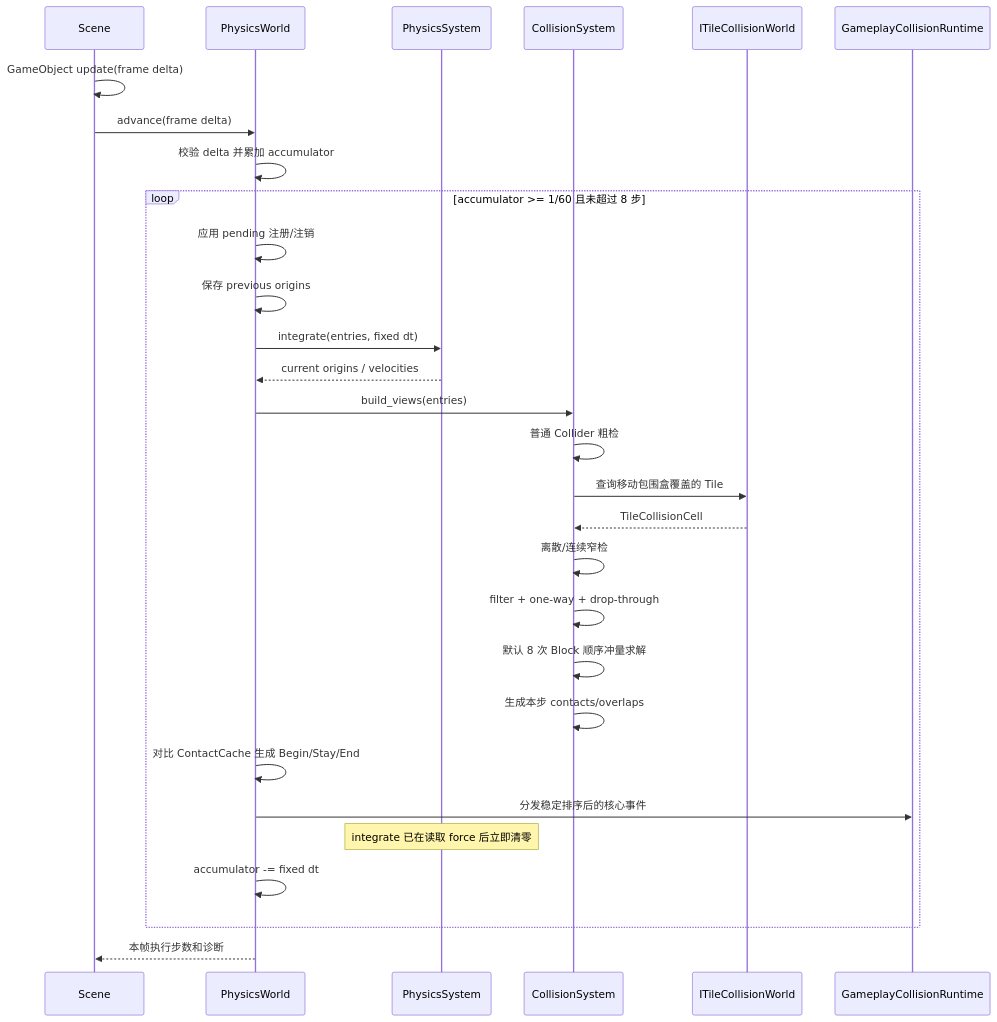
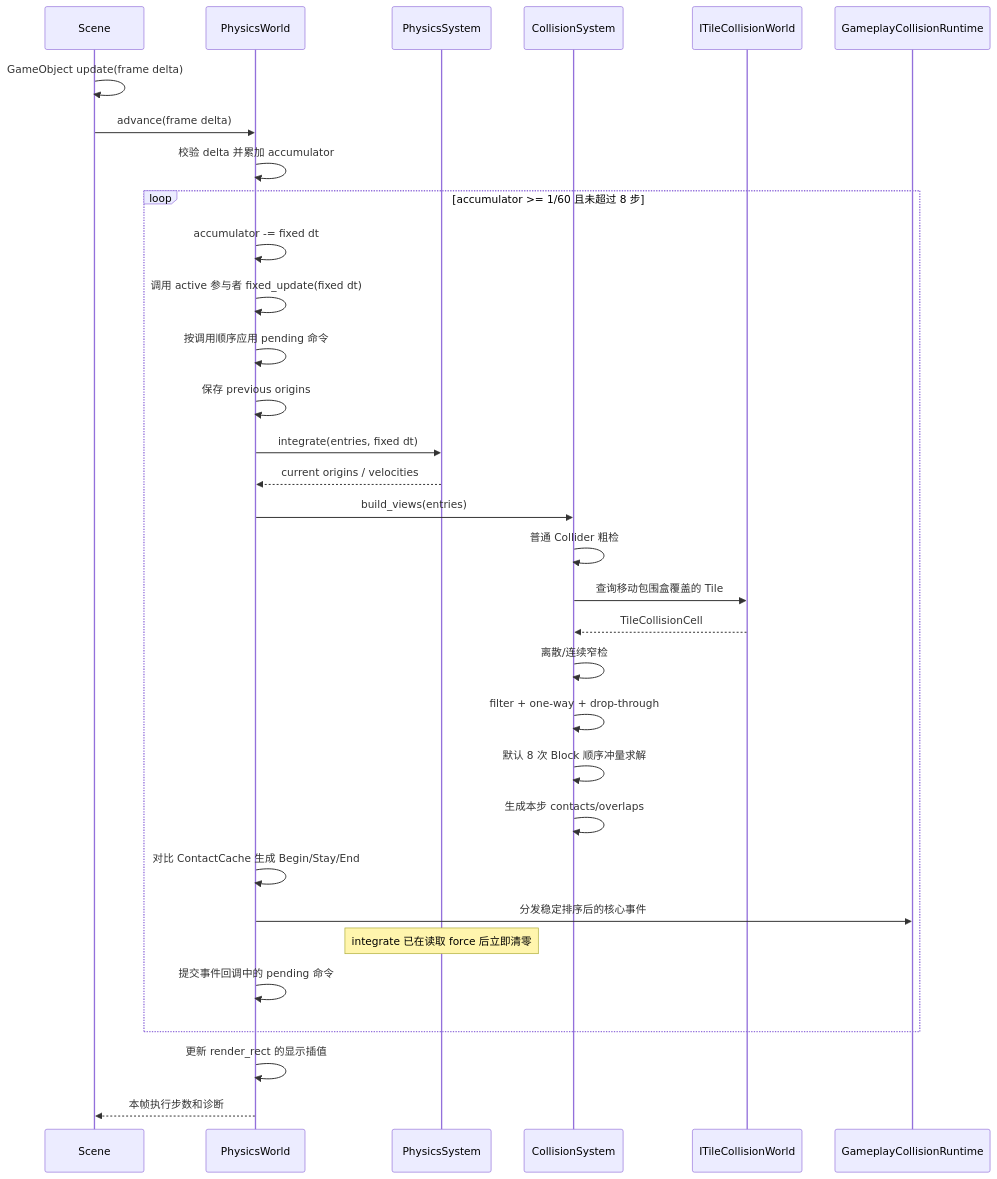
Before and after one commit to Akil0814/ElysiaEngine: the second of 3 diagrams in docs/subsystems/physics/02-target-architecture.md, drawn with Mermaid. The commit also changed other lines of this file and 26 other files, not shown here.

````diff
--- a/docs/subsystems/physics/02-target-architecture.md
+++ b/docs/subsystems/physics/02-target-architecture.md
@@ -62,32 +62,35 @@
 ```mermaid
 sequenceDiagram
     participant S as Scene
     participant W as PhysicsWorld
     participant P as PhysicsSystem
     participant C as CollisionSystem
     participant T as ITileCollisionWorld
     participant G as GameplayCollisionRuntime
 
     S->>S: GameObject update(frame delta)
     S->>W: advance(frame delta)
     W->>W: 校验 delta 并累加 accumulator
     loop accumulator >= 1/60 且未超过 8 步
-        W->>W: 应用 pending 注册/注销
+        W->>W: accumulator -= fixed dt
+        W->>W: 调用 active 参与者 fixed_update(fixed dt)
+        W->>W: 按调用顺序应用 pending 命令
         W->>W: 保存 previous origins
         W->>P: integrate(entries, fixed dt)
         P-->>W: current origins / velocities
         W->>C: build_views(entries)
         C->>C: 普通 Collider 粗检
         C->>T: 查询移动包围盒覆盖的 Tile
         T-->>C: TileCollisionCell
         C->>C: 离散/连续窄检
         C->>C: filter + one-way + drop-through
         C->>C: 默认 8 次 Block 顺序冲量求解
         C->>C: 生成本步 contacts/overlaps
         W->>W: 对比 ContactCache 生成 Begin/Stay/End
         W->>G: 分发稳定排序后的核心事件
         Note over P: integrate 已在读取 force 后立即清零
-        W->>W: accumulator -= fixed dt
+        W->>W: 提交事件回调中的 pending 命令
     end
+    W->>W: 更新 render_rect 的显示插值
     W-->>S: 本帧执行步数和诊断
 ```
````
